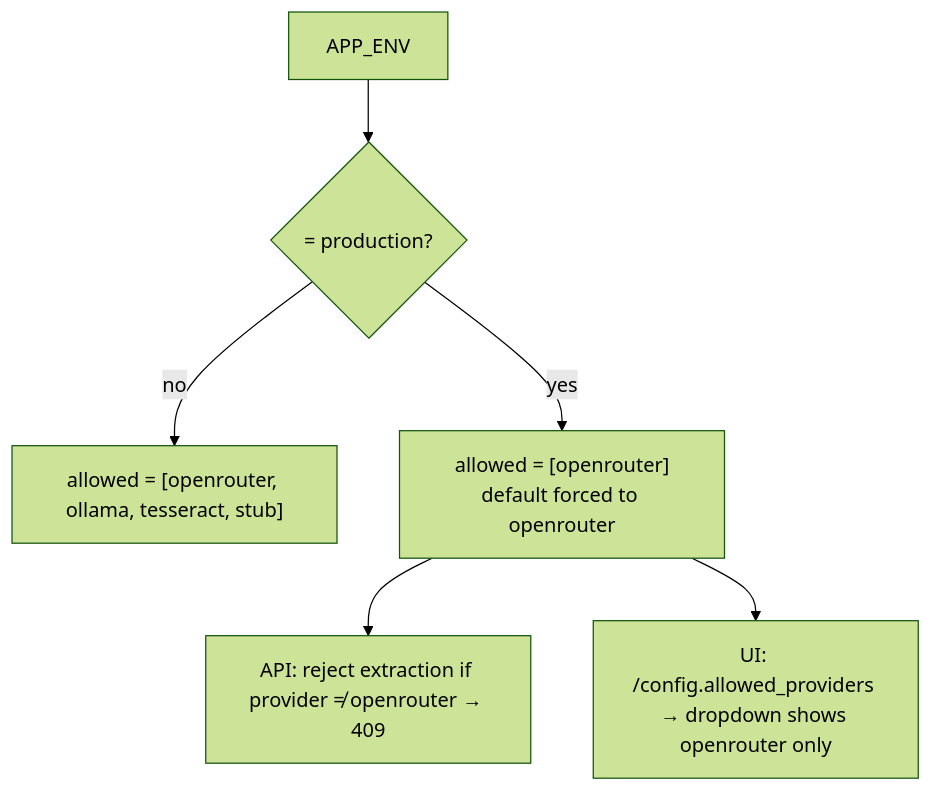
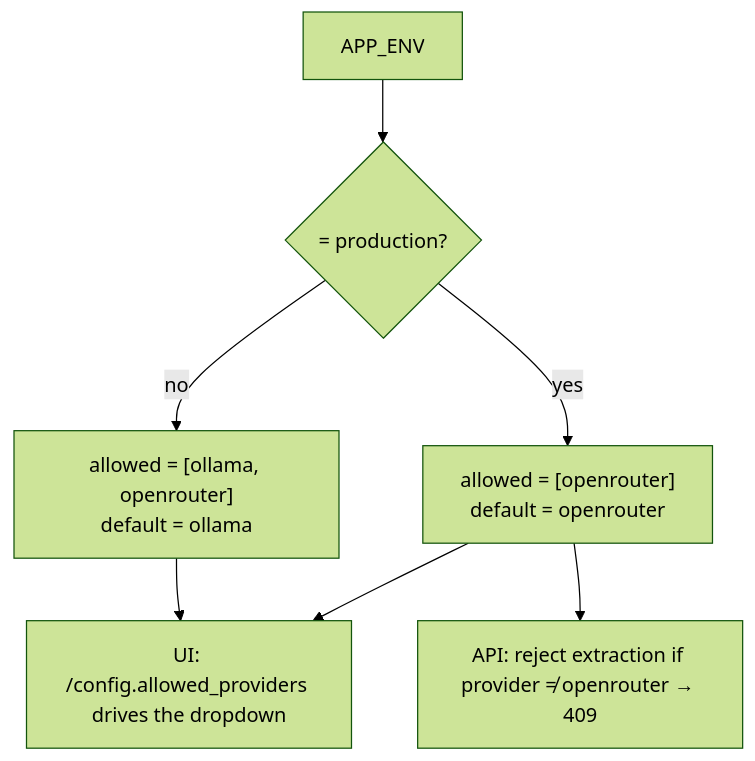
One commit to kk-ecu/lmp-vrinda-finance-engine changed diagram 12 of 12 in docs/ARCHITECTURE.md. Above: the diagram before and after it, drawn with Mermaid (forest theme). The commit also changed other lines of this file and 13 other files, not shown here.

Commit message:
Cleanup to two product providers: openrouter (PROD) + ollama (DEV); remove tesseract; stub test-only; env-based default + policy; docs updated

````diff
--- a/docs/ARCHITECTURE.md
+++ b/docs/ARCHITECTURE.md
@@ -579,8 +582,9 @@
 ```mermaid
 flowchart TB
     cfg["APP_ENV"] --> dev{"= production?"}
-    dev -- no --> all["allowed = [openrouter, ollama, tesseract, stub]"]
-    dev -- yes --> only["allowed = [openrouter]<br/>default forced to openrouter"]
+    dev -- no --> all["allowed = [ollama, openrouter]<br/>default = ollama"]
+    dev -- yes --> only["allowed = [openrouter]<br/>default = openrouter"]
     only --> apiguard["API: reject extraction if provider ≠ openrouter → 409"]
-    only --> uiguard["UI: /config.allowed_providers → dropdown shows openrouter only"]
+    all --> uiguard["UI: /config.allowed_providers drives the dropdown"]
+    only --> uiguard
 ```
````
